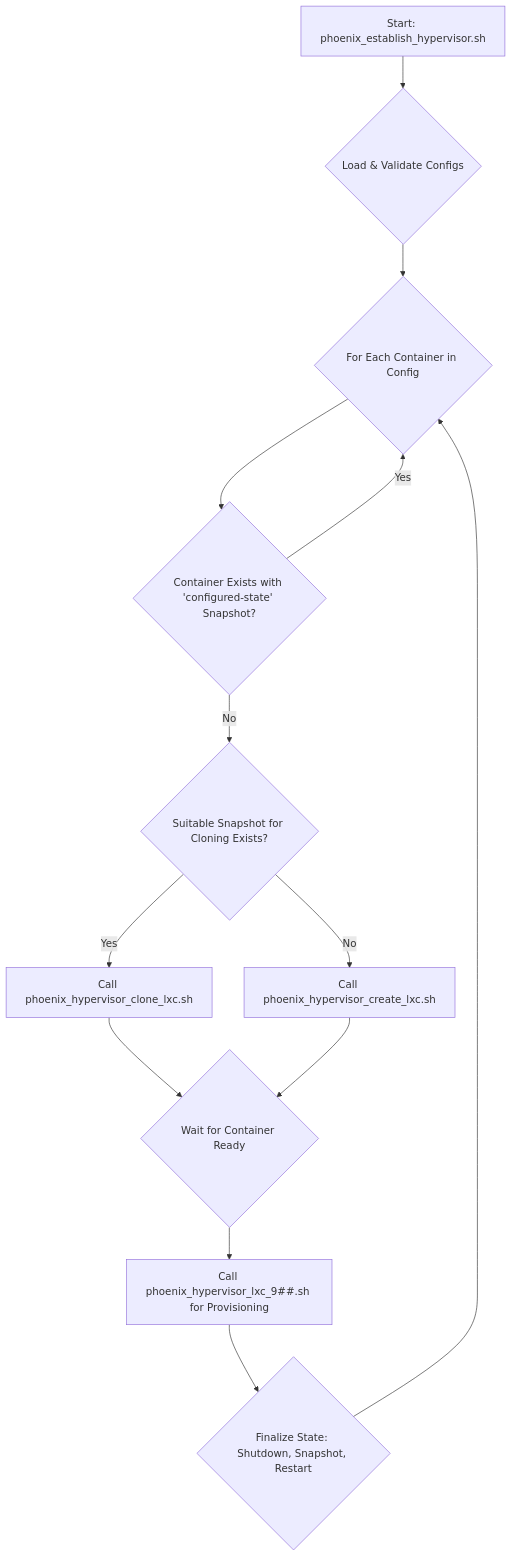
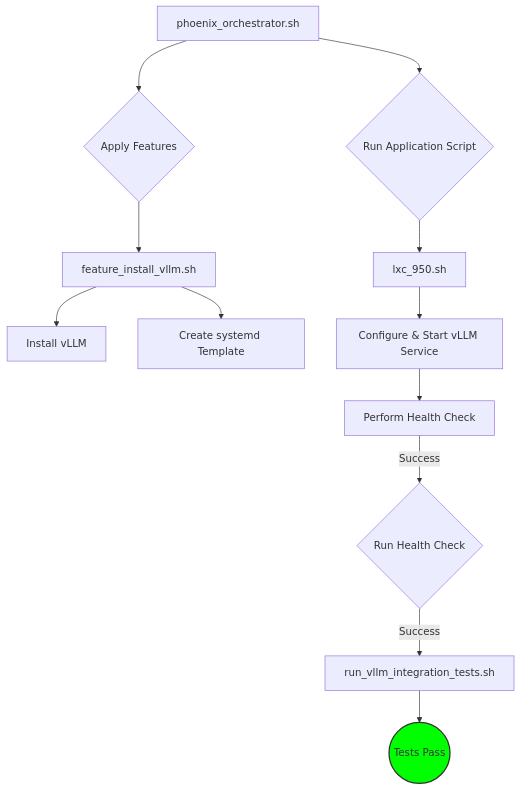
The second of 2 diagrams in usr/local/phoenix_hypervisor/project_documents/revised_workflow_plan.md (SirHeads/Testing-ideas), drawn with Mermaid before and after one commit. The commit also changed other lines of this file and 9 other files, not shown here.

Commit message:
vllm health check in

````diff
--- a/usr/local/phoenix_hypervisor/project_documents/revised_workflow_plan.md
+++ b/usr/local/phoenix_hypervisor/project_documents/revised_workflow_plan.md
@@ -50,15 +37,17 @@
 ```mermaid
 graph TD
-    A[Start: phoenix_establish_hypervisor.sh] --> B{Load & Validate Configs};
-    B --> C{For Each Container in Config};
-    C --> D{Container Exists with 'configured-state' Snapshot?};
-    D -- Yes --> C;
-    D -- No --> E{Suitable Snapshot for Cloning Exists?};
-    E -- Yes --> F[Call phoenix_hypervisor_clone_lxc.sh];
-    E -- No --> G[Call phoenix_hypervisor_create_lxc.sh];
-    F --> H{Wait for Container Ready};
-    G --> H;
-    H --> I[Call phoenix_hypervisor_lxc_9##.sh for Provisioning];
-    I --> J{Finalize State: Shutdown, Snapshot, Restart};
-    J --> C;
+    A[phoenix_orchestrator.sh] --> B{Apply Features};
+    B --> C[feature_install_vllm.sh];
+    C --> D[Install vLLM];
+    C --> E[Create systemd Template];
+    
+    A --> F{Run Application Script};
+    F --> G[lxc_950.sh];
+    G --> H[Configure & Start vLLM Service];
+    H --> I[Perform Health Check];
+    I -- Success --> J{Run Health Check};
+    J -- Success --> K[run_vllm_integration_tests.sh];
+    K --> L((Tests Pass));
+
+    style L fill:#0f0,stroke:#333,stroke-width:2px;
 ```
````
